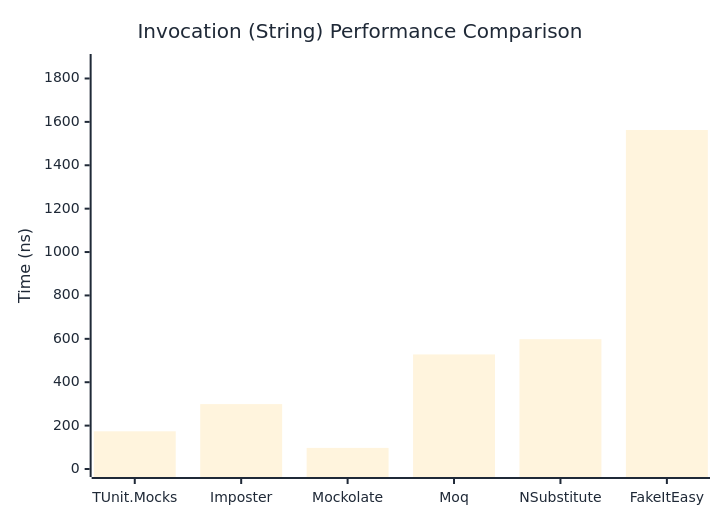
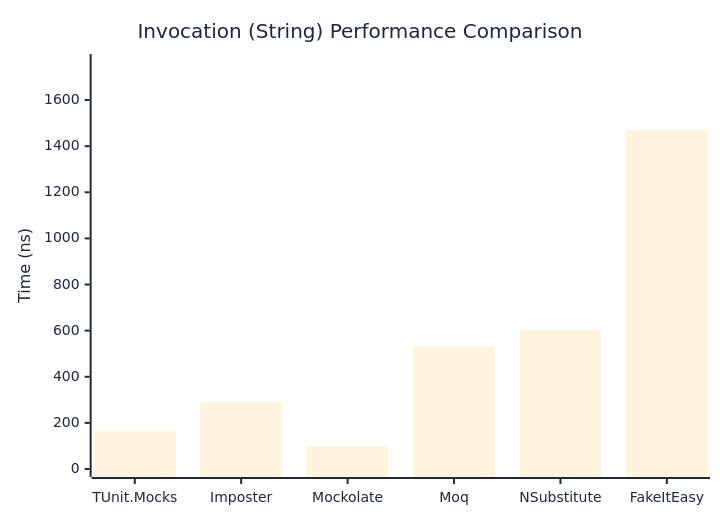
Before and after one commit to thomhurst/TUnit: the second of 3 diagrams in docs/docs/benchmarks/mocks/Invocation.md, drawn with Mermaid. The commit also changed other lines of this file and 14 other files, not shown here.

````diff
--- a/docs/docs/benchmarks/mocks/Invocation.md
+++ b/docs/docs/benchmarks/mocks/Invocation.md
@@ -71,27 +71,27 @@
 ```mermaid
 %%{init: {
   'theme':'base',
   'themeVariables': {
     'primaryColor': '#2563eb',
     'primaryTextColor': '#1f2937',
     'primaryBorderColor': '#1e40af',
     'lineColor': '#6b7280',
     'secondaryColor': '#7c3aed',
     'tertiaryColor': '#dc2626',
     'background': '#ffffff',
     'pie1': '#2563eb',
     'pie2': '#7c3aed',
     'pie3': '#dc2626',
     'pie4': '#f59e0b',
     'pie5': '#10b981',
     'pie6': '#06b6d4',
     'pie7': '#ec4899',
     'pie8': '#6366f1'
   }
 }}%%
 xychart-beta
   title "Invocation (String) Performance Comparison"
   x-axis ["TUnit.Mocks", "Imposter", "Mockolate", "Moq", "NSubstitute", "FakeItEasy"]
-  y-axis "Time (ns)" 0 --> 1876
-  bar [173.79, 299.15, 97.21, 528.09, 598.3, 1562.57]
+  y-axis "Time (ns)" 0 --> 1765
+  bar [165.74, 289.58, 98.14, 531.02, 601.77, 1470.23]
 ```
````
